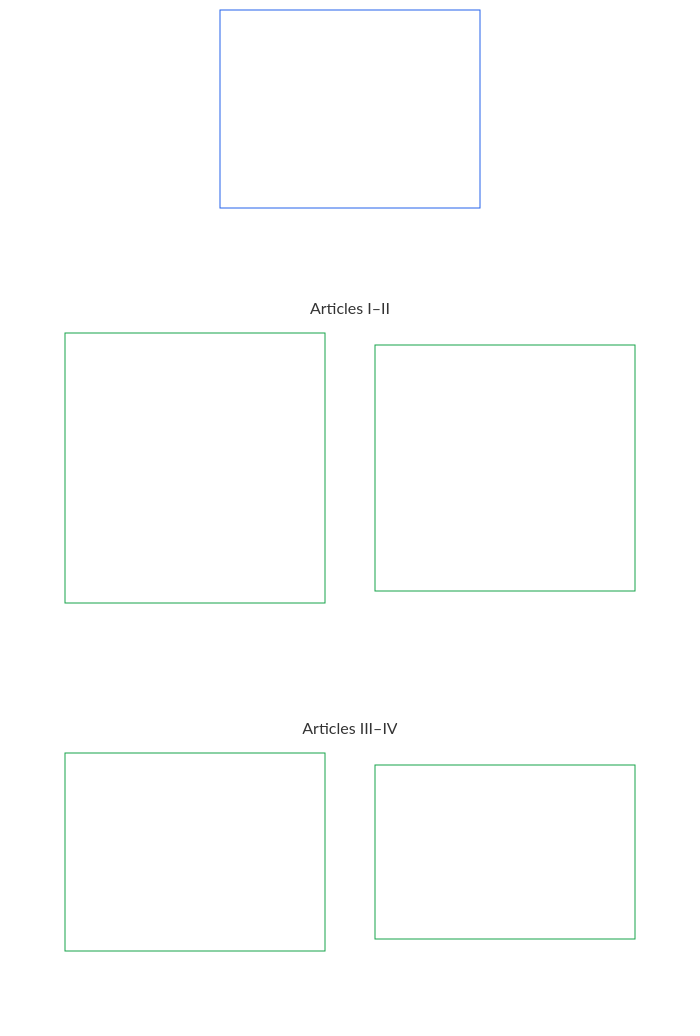
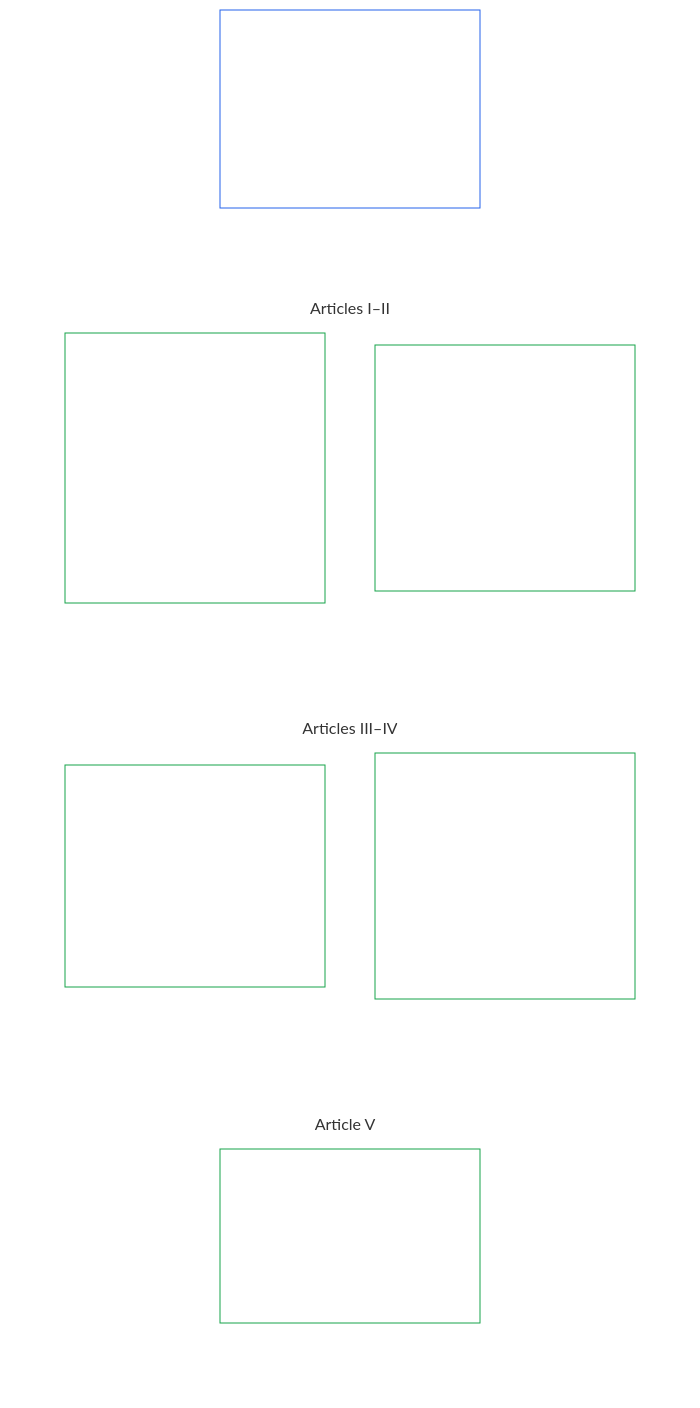
Before and after one commit to kfoelsch/Sentient_Constitution: the second of 2 diagrams in core_06_rights_part_a.md, drawn with Mermaid. The commit also changed other lines of this file and 163 other files, not shown here.

````diff
--- a/core_06_rights_part_a.md
+++ b/core_06_rights_part_a.md
@@ -180,27 +180,33 @@
 ```mermaid
 flowchart TB
     A0["Part A<br/><br/>Planetary preconditions, material stewardship,<br/>survival, equal educational access, and shared resources"]
     subgraph Agrid[" "]
         direction TB
         subgraph Arow1["Articles I–II"]
             A1["Article I · Environmental Survival<br/><br/>• Environmental preconditions<br/>• Ecological footprint<br/>• Intergenerational responsibility<br/>• Existential risk and recovery"]
             A2["Article II · Material Stewardship and Durable-Use Integrity<br/><br/>• Lifecycle honesty<br/>• Repair and servicing<br/>• Designed obsolescence<br/>• Post-sale access<br/>• Info-sphere continuity"]
         end
         subgraph Arow2["Articles III–IV"]
-            A3["Article III · Survival and Equal Educational Access<br/><br/>• Survival<br/>• Equal educational access<br/>• Healthcare access<br/>• Labor and economic floor"]
-            A4["Article IV · Resource Allocation, Dependencies, and Ecosystem Funding<br/><br/>• Dependency mapping<br/>• Cross-system fairness"]
+            A3["Article III · Survival and Essential Access<br/><br/>• Survival<br/>• Healthcare access<br/>• Labor and economic floor<br/>• Safe working conditions<br/>• Rest and recuperation"]
+            A4["Article IV · Right to Sentient-Centered Education<br/><br/>• Equal educational access<br/>• Capability-building education<br/>• Lifelong adaptive learning<br/>• Contestability"]
+        end
+        subgraph Arow3["Article V"]
+            A5["Article V · Resource Allocation, Dependencies, and Ecosystem Funding<br/><br/>• Dependency mapping<br/>• Cross-system fairness"]
         end
     end
     %% Invisible links force a two-wide grid: each link puts its target one level down.
     A0 ~~~ A1 & A2
     A1 ~~~ A3
     A2 ~~~ A4
+    A3 & A4 ~~~ A5
     style Agrid fill:none,stroke:none
     style Arow1 fill:none,stroke:none
     style Arow2 fill:none,stroke:none
+    style Arow3 fill:none,stroke:none
     style A0 fill:none,stroke:#2563eb,color:#ffffff
     style A1 fill:none,stroke:#16a34a,color:#ffffff
     style A2 fill:none,stroke:#16a34a,color:#ffffff
     style A3 fill:none,stroke:#16a34a,color:#ffffff
     style A4 fill:none,stroke:#16a34a,color:#ffffff
+    style A5 fill:none,stroke:#16a34a,color:#ffffff
 ```
````
